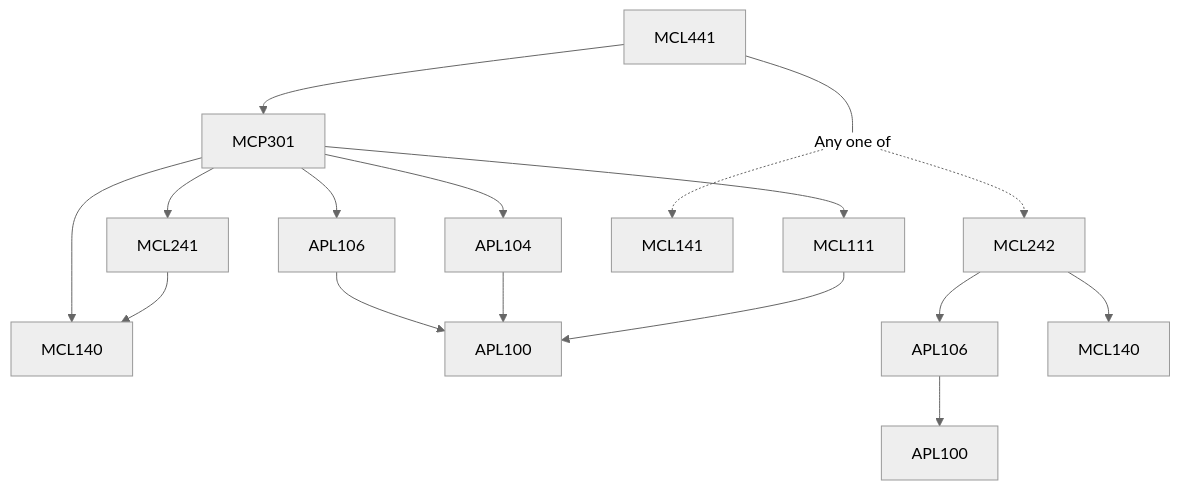
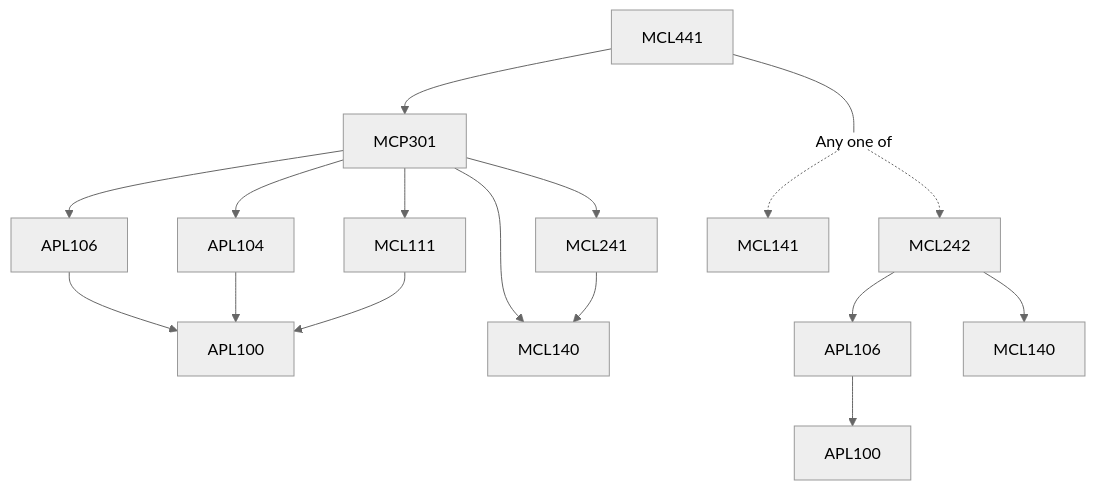
One commit to KeshavBansal0122/CoS_Website changed the diagram in content/Mechanical Engineering/MCL441.md. Above: the diagram before and after it, drawn with Mermaid (neutral theme). The commit also changed other lines of this file and 2662 other files, not shown here.

````diff
--- a/content/Mechanical Engineering/MCL441.md
+++ b/content/Mechanical Engineering/MCL441.md
@@ -13,23 +13,23 @@
 ```mermaid
 flowchart TD
 MCL441-1439[MCL441]
+MCP301-1439 --> APL104-1439[APL104]
+APL106-1439 --> APL100-1439[APL100]
+MCP301-1439 --> MCL140-1439[MCL140]
+MCP301-1439 --> MCL241-1439[MCL241]
+APL104-1439 --> APL100-1439[APL100]
+MCL241-1439 --> MCL140-1439[MCL140]
+MCL111-1439 --> APL100-1439[APL100]
+MCP301-1439 --> MCL111-1439[MCL111]
 MCP301-1439 --> APL106-1439[APL106]
-MCP301-1439 --> MCL241-1439[MCL241]
-MCP301-1439 --> APL104-1439[APL104]
-MCP301-1439 --> MCL140-1439[MCL140]
-APL106-1439 --> APL100-1439[APL100]
 MCL441-1439 --- Or1440[Any one of]:::empty
+APL106-1441 --> APL100-1441[APL100]
+Or1440 -.-> MCL242-1441[MCL242]
+MCL242-1441 --> MCL140-1441[MCL140]
 MCL242-1441 --> APL106-1441[APL106]
-MCL242-1441 --> MCL140-1441[MCL140]
-Or1440 -.-> MCL242-1441[MCL242]
-APL106-1441 --> APL100-1441[APL100]
 Or1440 -.-> MCL141-1442[MCL141]
-APL104-1439 --> APL100-1439[APL100]
 MCL441-1439 --> MCP301-1439[MCP301]
-MCL241-1439 --> MCL140-1439[MCL140]
-MCP301-1439 --> MCL111-1439[MCL111]
-MCL111-1439 --> APL100-1439[APL100]
 
 classDef empty height:17px, fill:transparent, stroke:transparent;
 classDef trueEmpty height:0px, width:0px;
 ```
````
